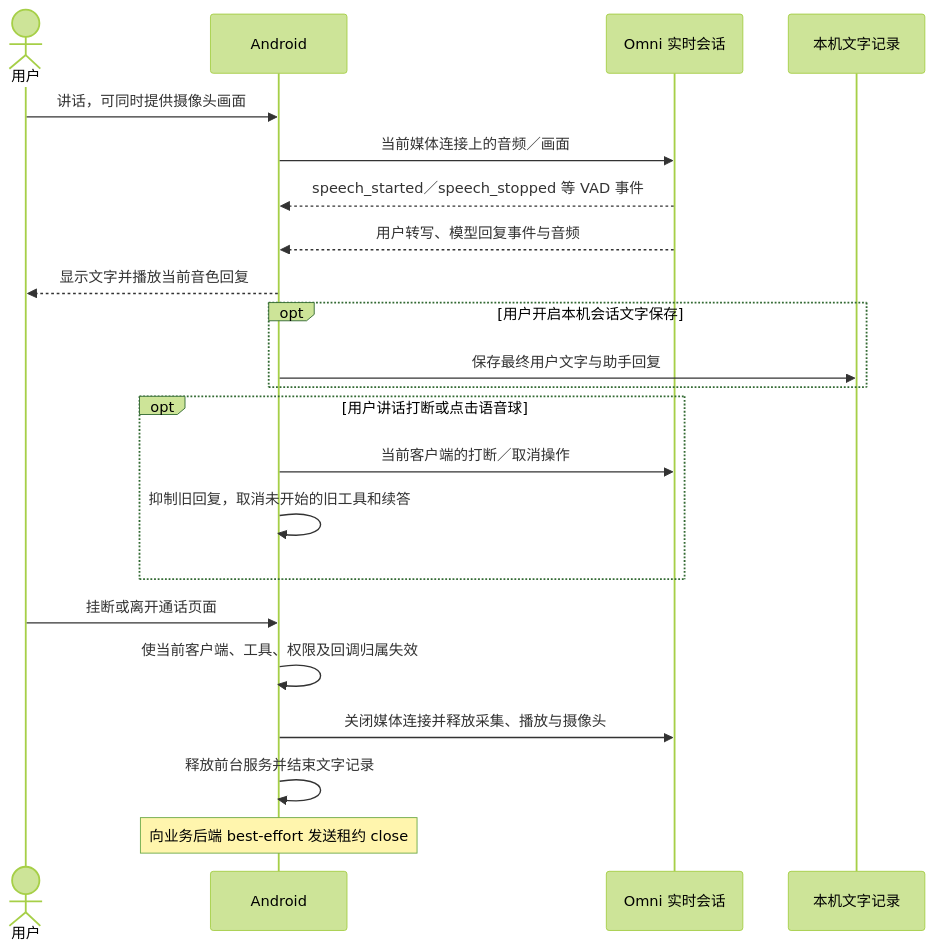
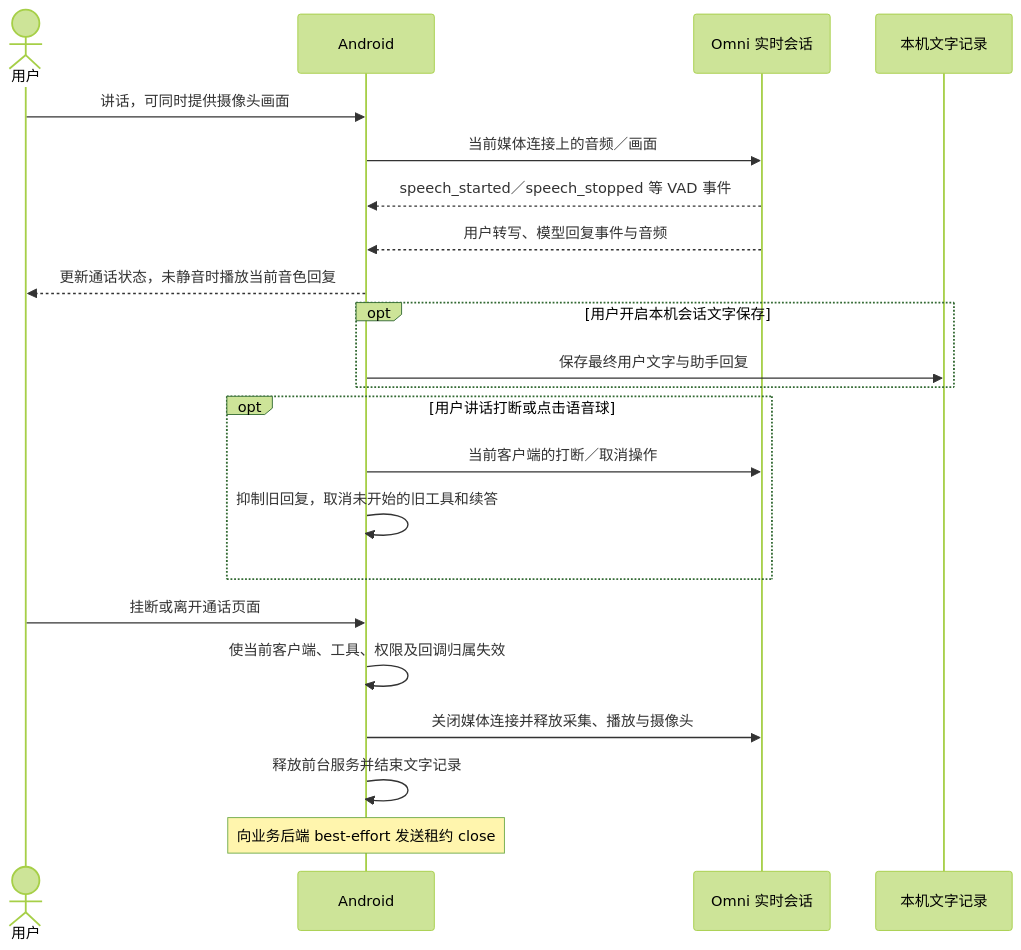
One commit to John-Shao/we-meet changed the fifth of 7 diagrams in docs/features/ai-audio-video-interaction.md. Above: the diagram before and after it, drawn with Mermaid (forest theme). The commit also changed other lines of this file, not shown here.

Commit message:
docs(ai-call): complete interaction flow and interface reference

````diff
--- a/docs/features/ai-audio-video-interaction.md
+++ b/docs/features/ai-audio-video-interaction.md
@@ -194,24 +359,24 @@
 ```mermaid
 sequenceDiagram
     actor User as 用户
     participant App as Android
     participant Omni as Omni 实时会话
     participant Local as 本机文字记录
     User->>App: 讲话，可同时提供摄像头画面
     App->>Omni: 当前媒体连接上的音频／画面
     Omni-->>App: speech_started／speech_stopped 等 VAD 事件
     Omni-->>App: 用户转写、模型回复事件与音频
-    App-->>User: 显示文字并播放当前音色回复
+    App-->>User: 更新通话状态，未静音时播放当前音色回复
     opt 用户开启本机会话文字保存
         App->>Local: 保存最终用户文字与助手回复
     end
     opt 用户讲话打断或点击语音球
         App->>Omni: 当前客户端的打断／取消操作
         App->>App: 抑制旧回复，取消未开始的旧工具和续答
     end
     User->>App: 挂断或离开通话页面
     App->>App: 使当前客户端、工具、权限及回调归属失效
     App->>Omni: 关闭媒体连接并释放采集、播放与摄像头
     App->>App: 释放前台服务并结束文字记录
     Note over App: 向业务后端 best-effort 发送租约 close
 ```
````
